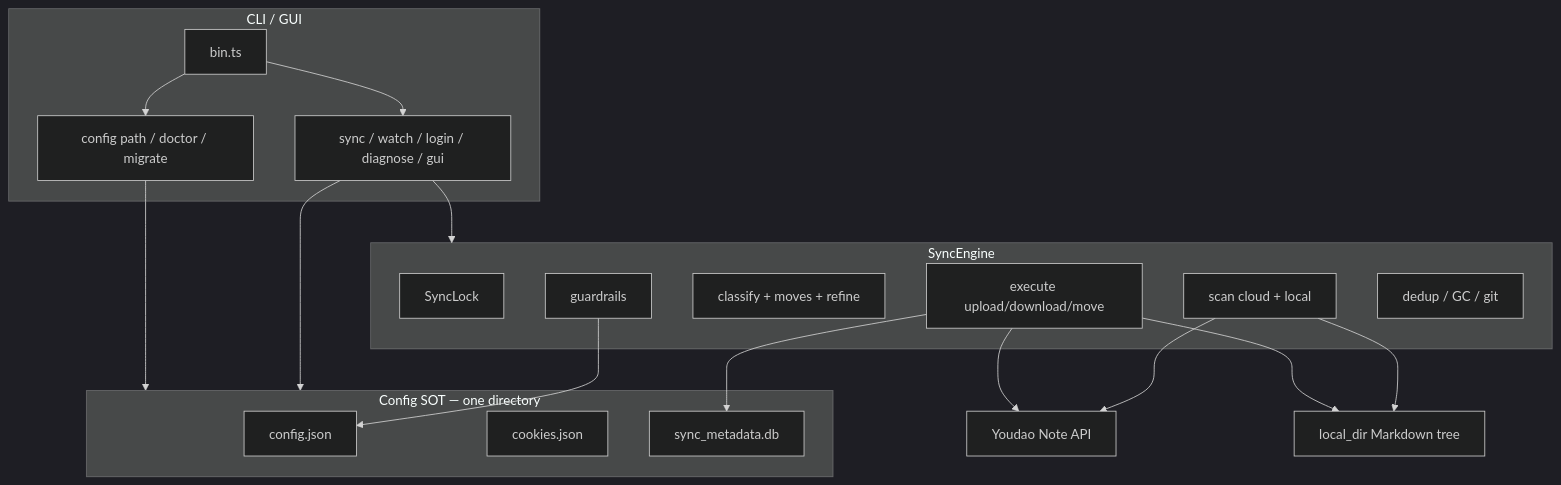
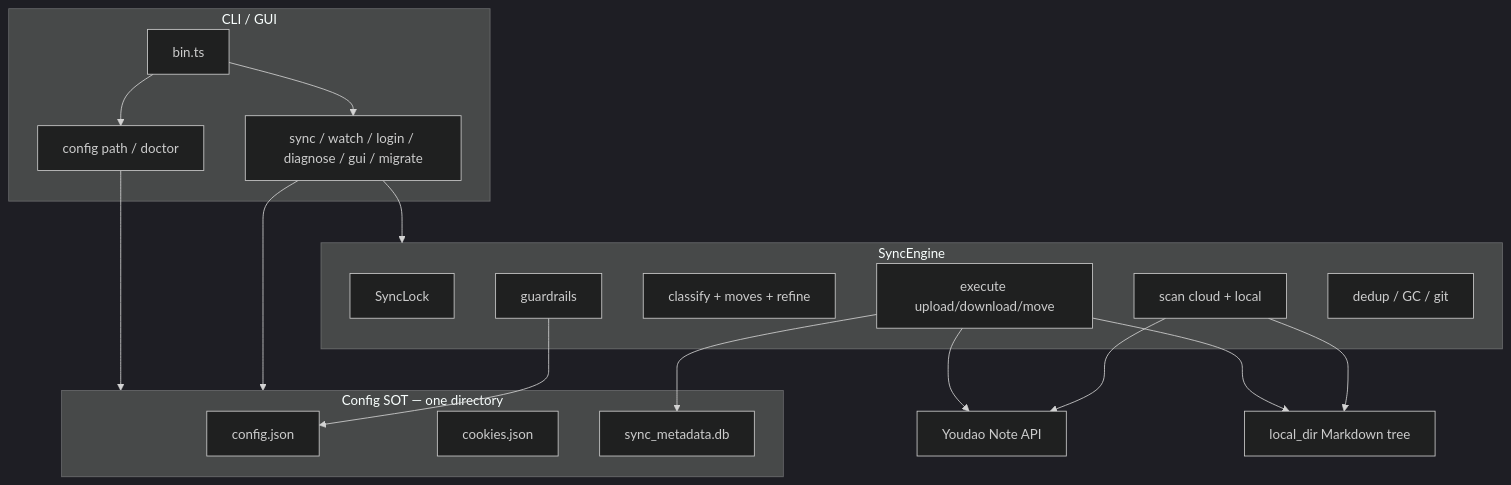
Before and after one commit to h11128/youdaonote-sync: the first of 4 diagrams in docs/design/architecture.md, drawn with Mermaid (dark theme). The commit also changed 21 other files, not shown here.

````diff
--- a/docs/design/architecture.md
+++ b/docs/design/architecture.md
@@ -8,38 +8,38 @@
 ```mermaid
 flowchart TB
   subgraph cli [CLI / GUI]
     Bin["bin.ts"]
-    Cmds["sync / watch / login / diagnose / gui"]
-    ConfigCli["config path / doctor / migrate"]
+    Cmds["sync / watch / login / diagnose / gui / migrate"]
+    ConfigCli["config path / doctor"]
   end
 
   subgraph sot [Config SOT — one directory]
     Cfg["config.json"]
     Cookies["cookies.json"]
     MetaDb["sync_metadata.db"]
   end
 
   subgraph engine [SyncEngine]
     Lock["SyncLock"]
     Scan["scan cloud + local"]
     Classify["classify + moves + refine"]
     Guard["guardrails"]
     Exec["execute upload/download/move"]
     Post["dedup / GC / git"]
   end
 
   Cloud["Youdao Note API"]
   Notes["local_dir Markdown tree"]
 
   Bin --> Cmds
   Bin --> ConfigCli
   Cmds --> sot
   ConfigCli --> sot
   Cmds --> engine
   Scan --> Cloud
   Scan --> Notes
   Exec --> Cloud
   Exec --> Notes
   Exec --> MetaDb
   Guard --> Cfg
 ```
````
